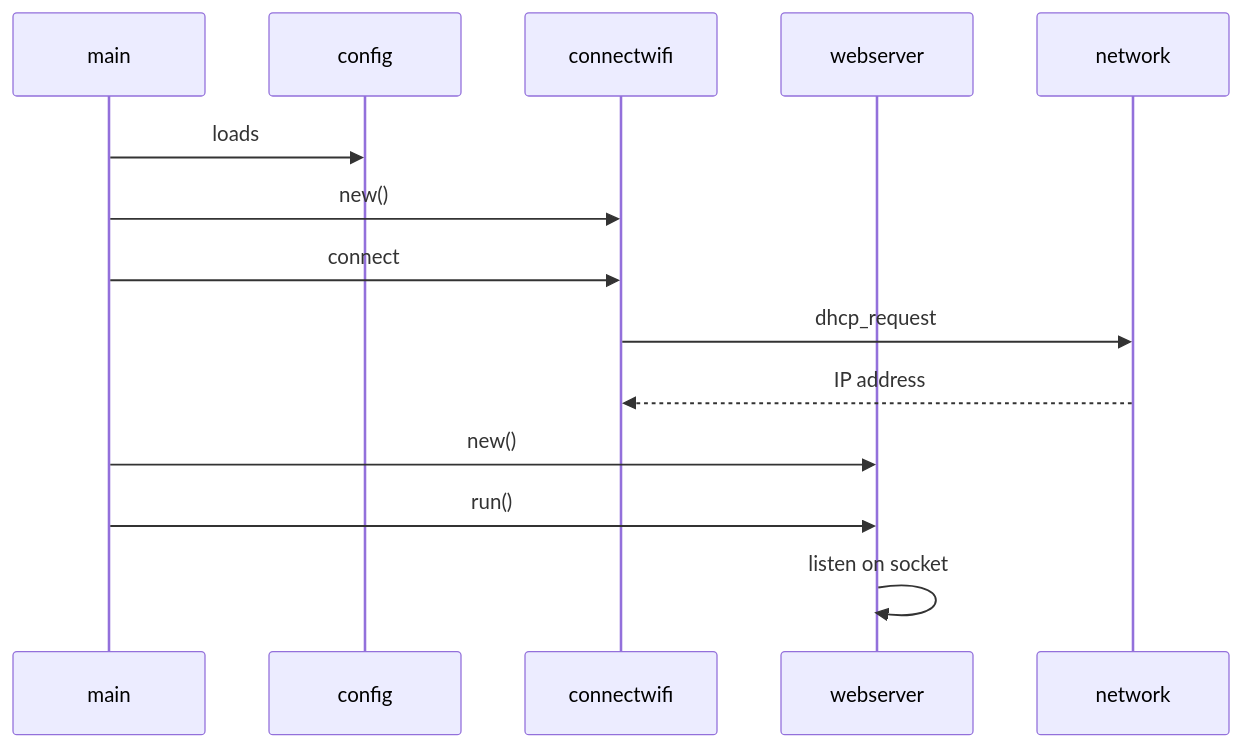
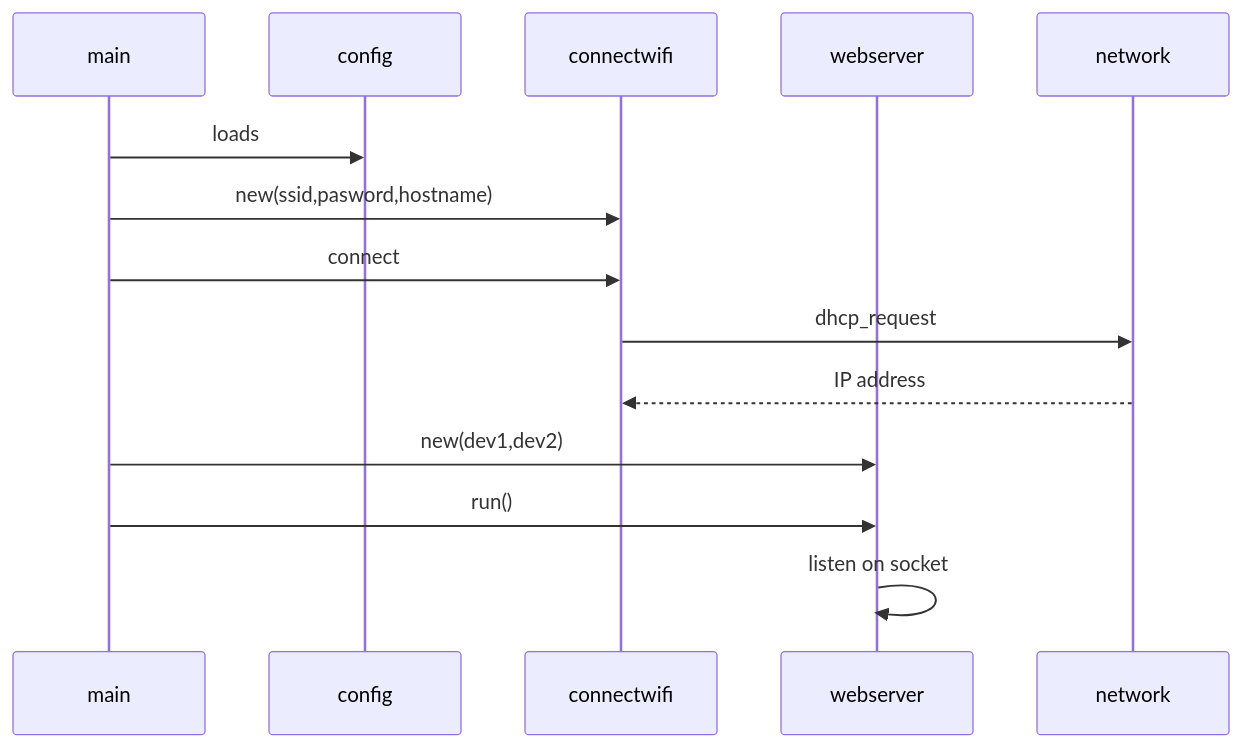
The second of 3 diagrams in README.md (freemansoft/ESP8266-MicroPython), drawn with Mermaid before and after one commit.

Commit message:
More mermaid

````diff
--- a/README.md
+++ b/README.md
@@ -71,17 +71,17 @@
 ```mermaid
 sequenceDiagram
     participant main
     participant config
     participant connectwifi
     participant webserver
     participant network
 
     main ->> config: loads
-    main ->> connectwifi: new()
+    main ->> connectwifi: new(ssid,pasword,hostname)
     main ->> connectwifi: connect
     connectwifi ->> network: dhcp_request
     network -->> connectwifi: IP address
-    main ->> webserver: new()
+    main ->> webserver: new(dev1,dev2)
     main ->> webserver: run()
     webserver ->> webserver: listen on socket
 ```
````
